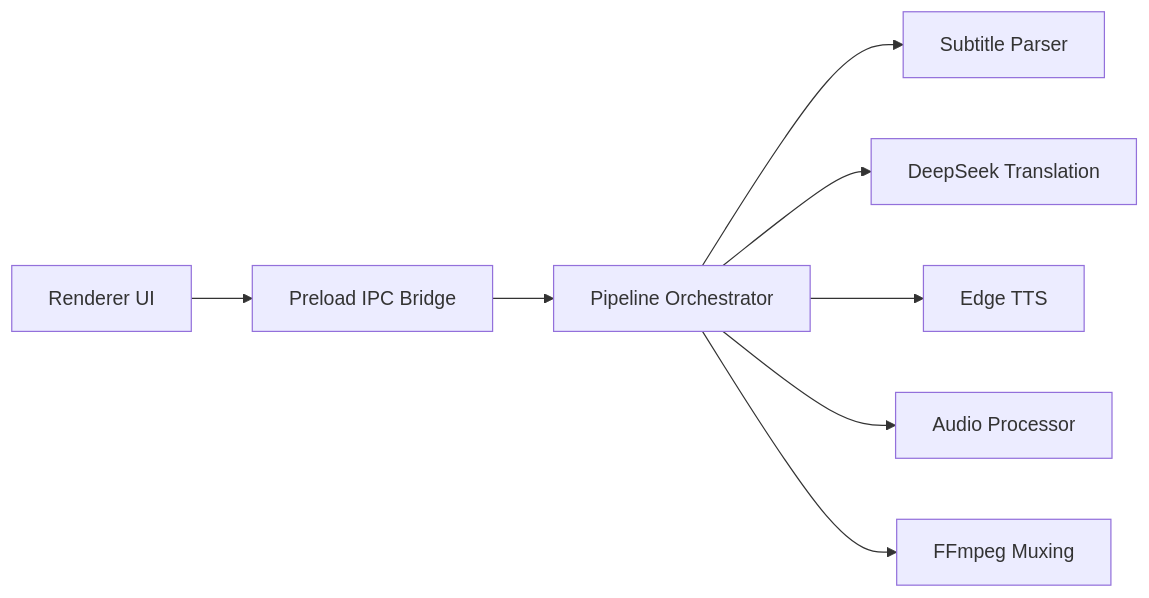
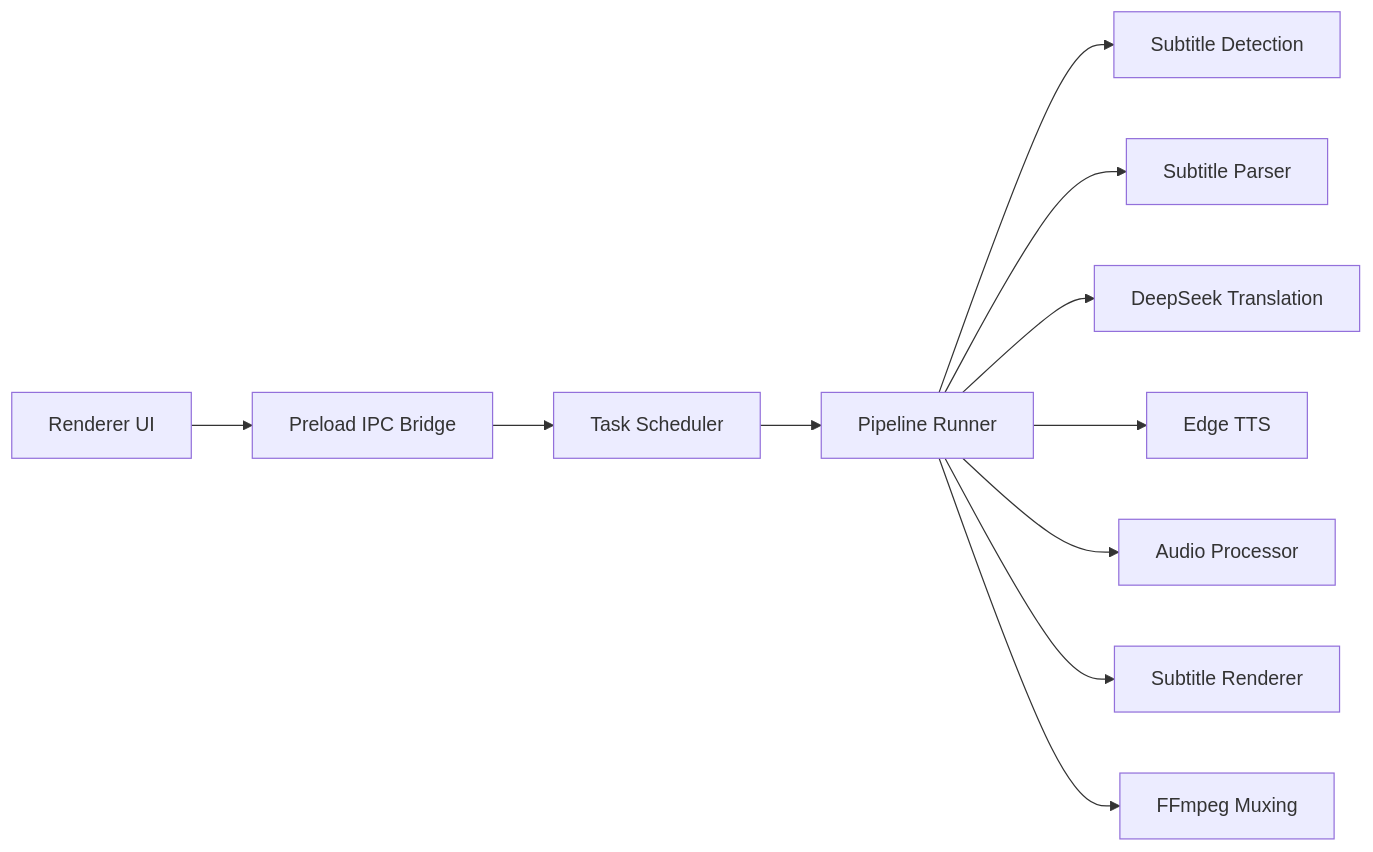
The diagram in README.md (CodedByLiu/ChronoDub), drawn with Mermaid before and after one commit. The commit also changed other lines of this file and 10 other files, not shown here.

Commit message:
Refactor task scheduling and subtitle rendering

````diff
--- a/README.md
+++ b/README.md
@@ -53,19 +56,25 @@
 ```mermaid
 flowchart LR
   UI[Renderer UI]
   IPC[Preload IPC Bridge]
-  PIPE[Pipeline Orchestrator]
+  SCHED[Task Scheduler]
+  PIPE[Pipeline Runner]
   SUB[Subtitle Parser]
+  DETECT[Subtitle Detection]
   DS[DeepSeek Translation]
   TTS[Edge TTS]
   AUD[Audio Processor]
+  RENDER[Subtitle Renderer]
   FFMPEG[FFmpeg Muxing]
 
   UI --> IPC
-  IPC --> PIPE
+  IPC --> SCHED
+  SCHED --> PIPE
+  PIPE --> DETECT
   PIPE --> SUB
   PIPE --> DS
   PIPE --> TTS
   PIPE --> AUD
+  PIPE --> RENDER
   PIPE --> FFMPEG
 ```
````
